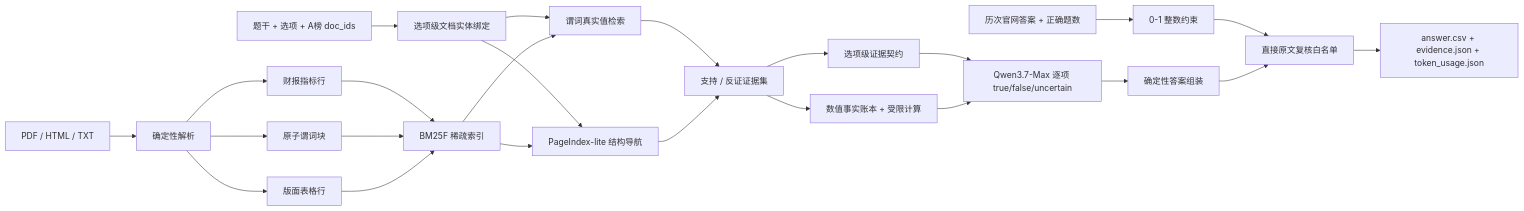
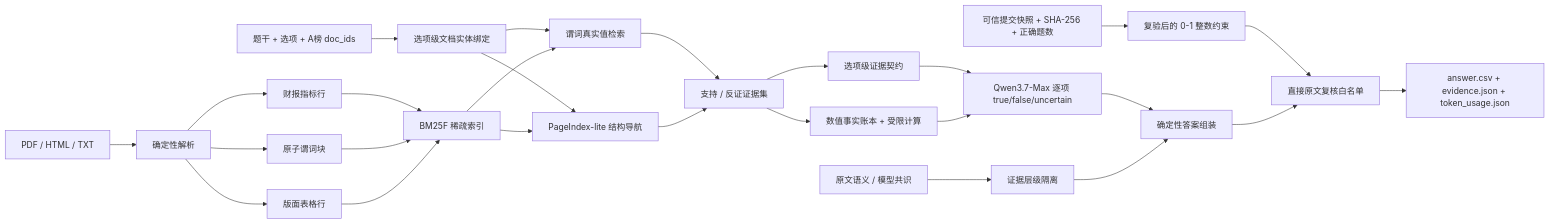
The diagram in README.md (ch04wangyj/afac2026-financial-longtext-agent), drawn with Mermaid before and after one commit. The commit also changed other lines of this file and 26 other files, not shown here.

````diff
--- a/README.md
+++ b/README.md
@@ -31,26 +31,28 @@
 ```mermaid
 flowchart LR
     A["PDF / HTML / TXT"] --> B["确定性解析"]
     B --> C["财报指标行"]
     B --> D["原子谓词块"]
     B --> E["版面表格行"]
     C --> F["BM25F 稀疏索引"]
     D --> F
     E --> F
     Q["题干 + 选项 + A榜 doc_ids"] --> S["选项级文档实体绑定"]
     S --> R1["谓词真实值检索"]
     S --> R2["PageIndex-lite 结构导航"]
     F --> R1
     F --> R2
     R1 --> G["支持 / 反证证据集"]
     R2 --> G
     G --> EC["选项级证据契约"]
     EC --> H["Qwen3.7-Max 逐项 true/false/uncertain"]
     G --> FL["数值事实账本 + 受限计算"]
     FL --> H
     H --> I["确定性答案组装"]
-    O["历次官网答案 + 正确题数"] --> LC["0-1 整数约束"]
+    O["可信提交快照 + SHA-256 + 正确题数"] --> LC["复验后的 0-1 整数约束"]
+    SE["原文语义 / 模型共识"] --> EL["证据层级隔离"]
     LC --> J
+    EL --> I
     I --> J["直接原文复核白名单"]
     J --> K["answer.csv + evidence.json + token_usage.json"]
 ```
````
